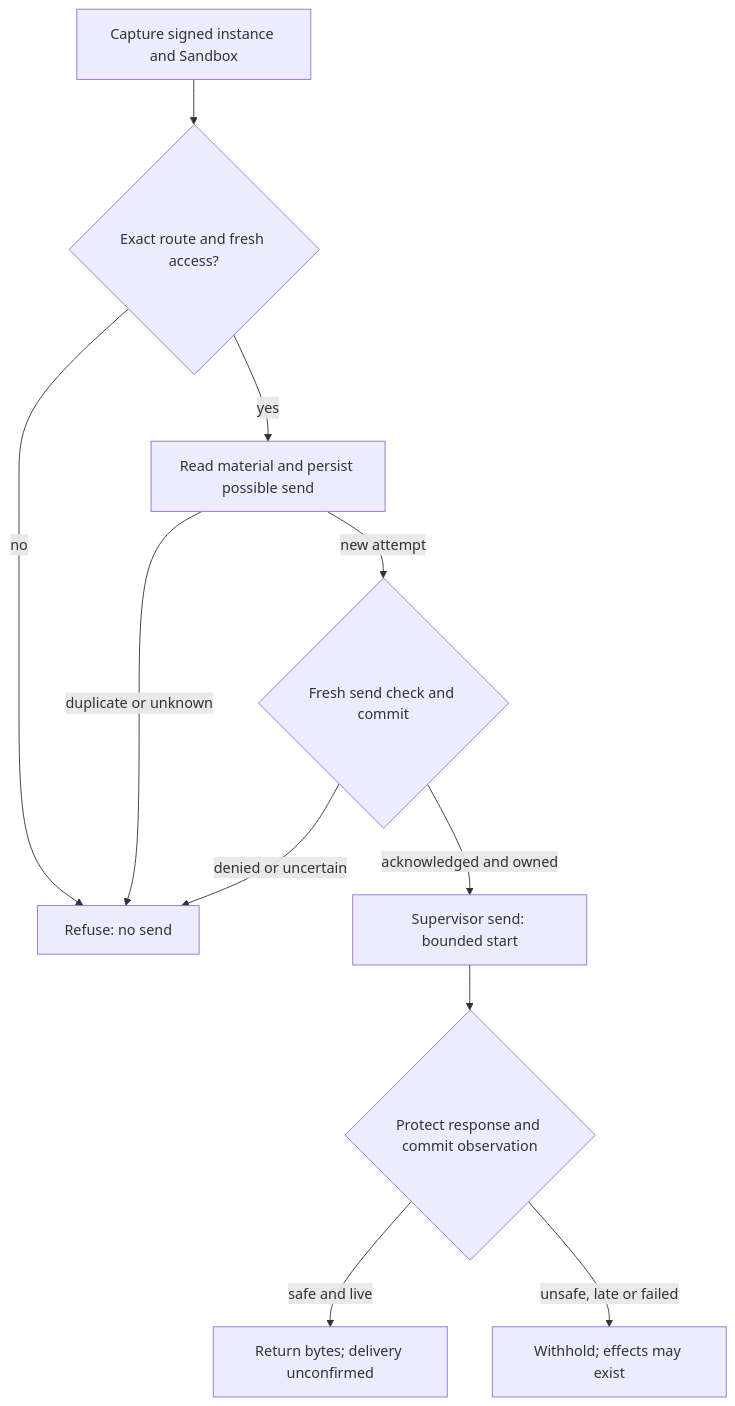
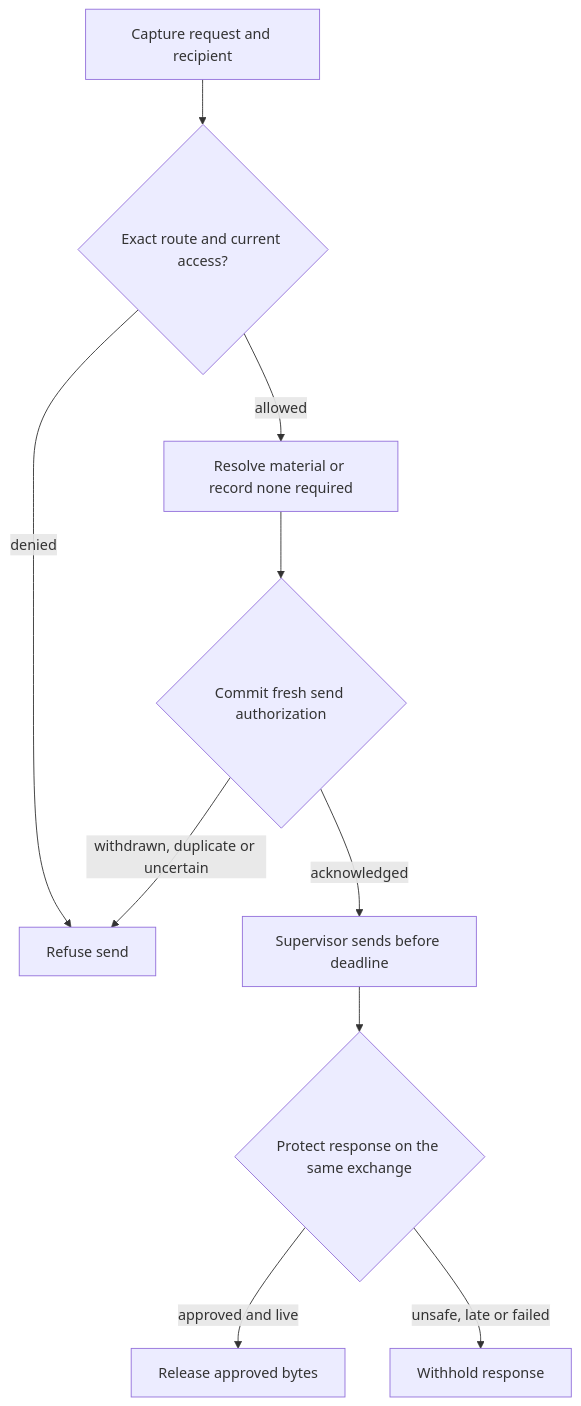
The diagram in docs/flows/credential-source-egress.md (openclaw/openclaw-enterprise), drawn with Mermaid before and after one commit. The commit also changed other lines of this file and 9 other files, not shown here.

````diff
--- a/docs/flows/credential-source-egress.md
+++ b/docs/flows/credential-source-egress.md
@@ -35,13 +55,12 @@
 ```mermaid
 graph TD
-  A["Capture signed instance and Sandbox"] --> B{"Exact route and fresh access?"}
-  B -- "no" --> X["Refuse: no send"]
-  B -- "yes" --> C["Read material and persist possible send"]
-  C -- "duplicate or unknown" --> X
-  C -- "new attempt" --> D{"Fresh send check and commit"}
-  D -- "denied or uncertain" --> X
-  D -- "acknowledged and owned" --> E["Supervisor send: bounded start"]
-  E --> F{"Protect response and commit observation"}
-  F -- "safe and live" --> G["Return bytes; delivery unconfirmed"]
-  F -- "unsafe, late or failed" --> H["Withhold; effects may exist"]
+  A["Capture request and recipient"] --> B{"Exact route and current access?"}
+  B -- "denied" --> X["Refuse send"]
+  B -- "allowed" --> C["Resolve material or record none required"]
+  C --> D{"Commit fresh send authorization"}
+  D -- "withdrawn, duplicate or uncertain" --> X
+  D -- "acknowledged" --> E["Supervisor sends before deadline"]
+  E --> F{"Protect response on the same exchange"}
+  F -- "approved and live" --> G["Release approved bytes"]
+  F -- "unsafe, late or failed" --> H["Withhold response"]
 ```
````
